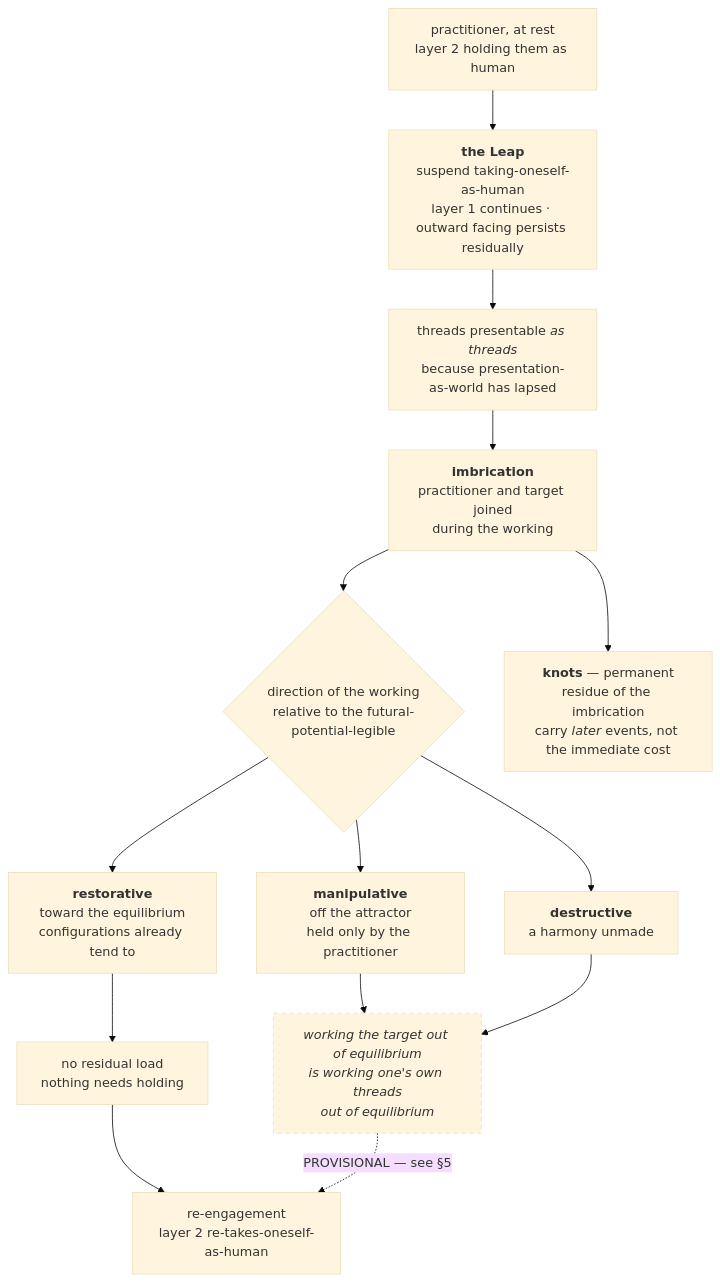
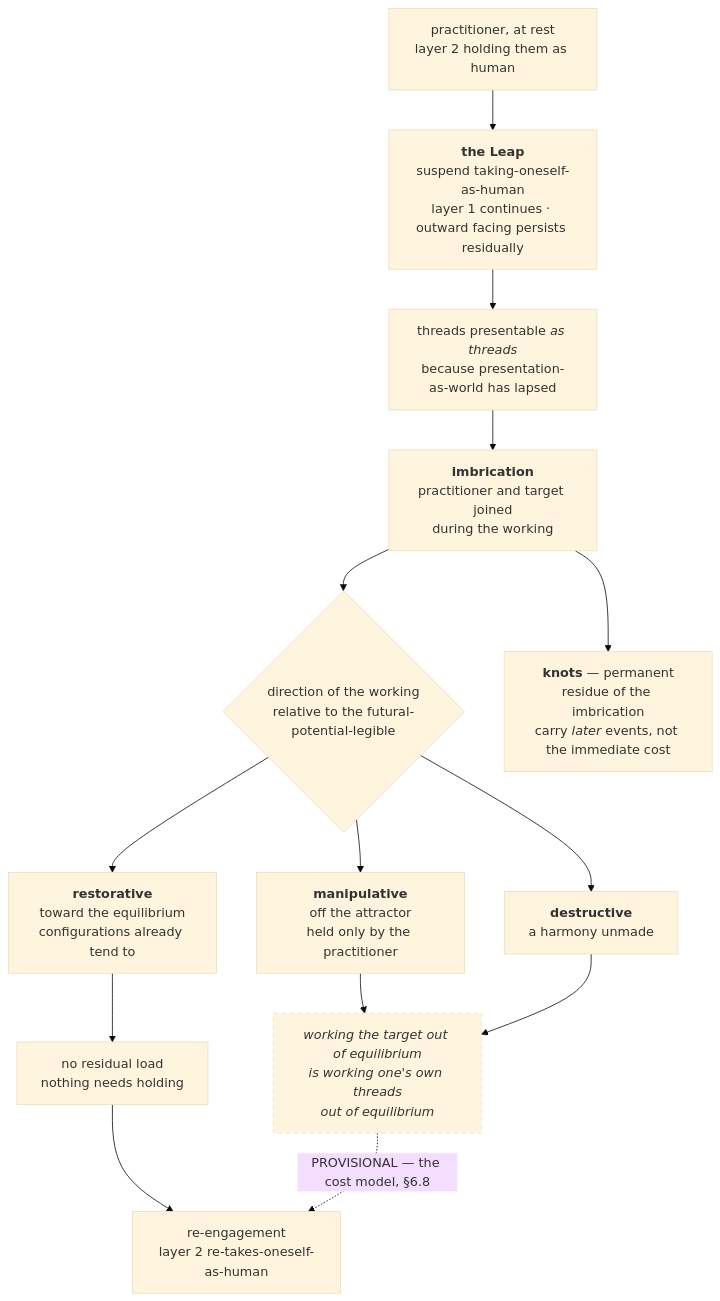
One commit to jordanelias/ttrpg changed the third of 8 diagrams in canon/philosophy/DIAGRAM.md. Above: the diagram before and after it, drawn with Mermaid (base theme). The commit also changed other lines of this file and 5 other files, not shown here.

````diff
--- a/canon/philosophy/DIAGRAM.md
+++ b/canon/philosophy/DIAGRAM.md
@@ -74,25 +76,25 @@
 ```mermaid
 flowchart TD
     A["practitioner, at rest<br/>layer 2 holding them as human"]
     B["<b>the Leap</b><br/>suspend taking-oneself-as-human<br/>layer 1 continues · outward facing persists residually"]
     C["threads presentable <i>as threads</i><br/>because presentation-as-world has lapsed"]
     D["<b>imbrication</b><br/>practitioner and target joined<br/>during the working"]
     E{"direction of the working<br/>relative to the futural-potential-legible"}
     F["<b>restorative</b><br/>toward the equilibrium<br/>configurations already tend to"]
     G["<b>manipulative</b><br/>off the attractor<br/>held only by the practitioner"]
     H["<b>destructive</b><br/>a harmony unmade"]
     I["no residual load<br/>nothing needs holding"]
     J["<i>working the target out of equilibrium<br/>is working one's own threads<br/>out of equilibrium</i>"]
     K["<b>knots</b> — permanent<br/>residue of the imbrication<br/>carry <i>later</i> events, not the immediate cost"]
     L["re-engagement<br/>layer 2 re-takes-oneself-as-human"]
 
     A --> B --> C --> D --> E
     E --> F --> I
     E --> G --> J
     E --> H --> J
     I --> L
-    J -.->|"PROVISIONAL — see §5"| L
+    J -.->|"PROVISIONAL — the cost model, §6.8"| L
     D --> K
 
     style J stroke-dasharray: 5 5
 ```
````
